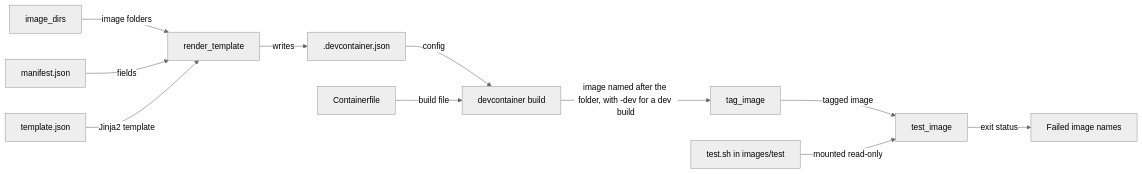
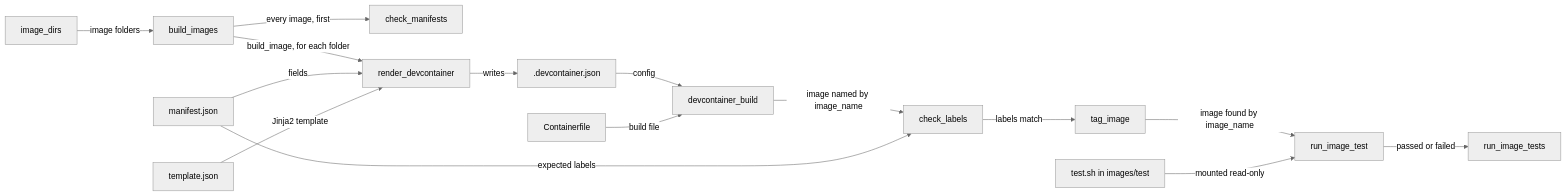
The diagram in docs/container-images/overview.md (froazin/devcontainers), drawn with Mermaid (neutral theme) before and after one commit. The commit also changed other lines of this file and 12 other files, not shown here.

````diff
--- a/docs/container-images/overview.md
+++ b/docs/container-images/overview.md
@@ -21,15 +23,19 @@
 ```mermaid
 flowchart LR
     accTitle: The image pipeline
-    accDescr: image_dirs finds each image folder with a manifest.json and a template.json. The build renders template.json with the manifest into .devcontainer.json, builds it with devcontainer build, names it after the folder, with -dev for a dev build, and tags it with podman. The tests run test.sh from images/test in a podman container of the built image.
-    discovery["image_dirs"] -->|image folders| render["render_template"]
+    accDescr: image_dirs finds each image folder with a manifest.json and a template.json, and passes the folders to build_images. build_images runs check_manifests on every image first, then build_image for each folder. render_devcontainer renders template.json with the fields of manifest.json and writes .devcontainer.json. devcontainer_build builds the image from it and the Containerfile, under the name image_name gives it. check_labels compares the built image's labels with the manifest's, and tag_image then tags it. run_image_test runs test.sh from images/test in a podman container of that image, and run_image_tests collects the results.
+    discovery["image_dirs"] -->|image folders| build["build_images"]
+    build -->|every image, first| check["check_manifests"]
+    build -->|build_image, for each folder| render["render_devcontainer"]
     manifest["manifest.json"] -->|fields| render
     template["template.json"] -->|Jinja2 template| render
     render -->|writes| devcontainer[".devcontainer.json"]
-    devcontainer -->|config| cli["devcontainer build"]
+    devcontainer -->|config| cli["devcontainer_build"]
     containerfile["Containerfile"] -->|build file| cli
-    cli -->|image named after the folder, with -dev for a dev build| tag["tag_image"]
-    tag -->|tagged image| test["test_image"]
+    cli -->|image named by image_name| labels["check_labels"]
+    manifest -->|expected labels| labels
+    labels -->|labels match| tag["tag_image"]
+    tag -->|image found by image_name| test["run_image_test"]
     testsh["test.sh in images/test"] -->|mounted read-only| test
-    test -->|exit status| result["Failed image names"]
+    test -->|passed or failed| tests["run_image_tests"]
 ```
````
